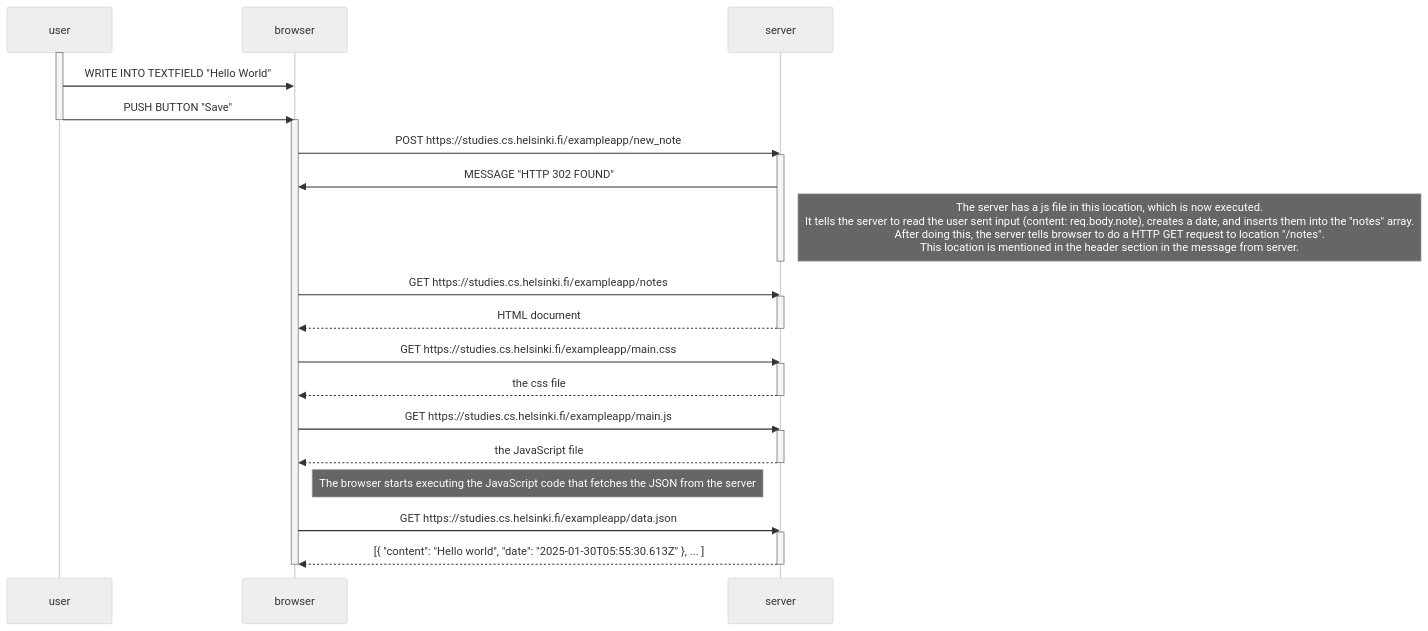
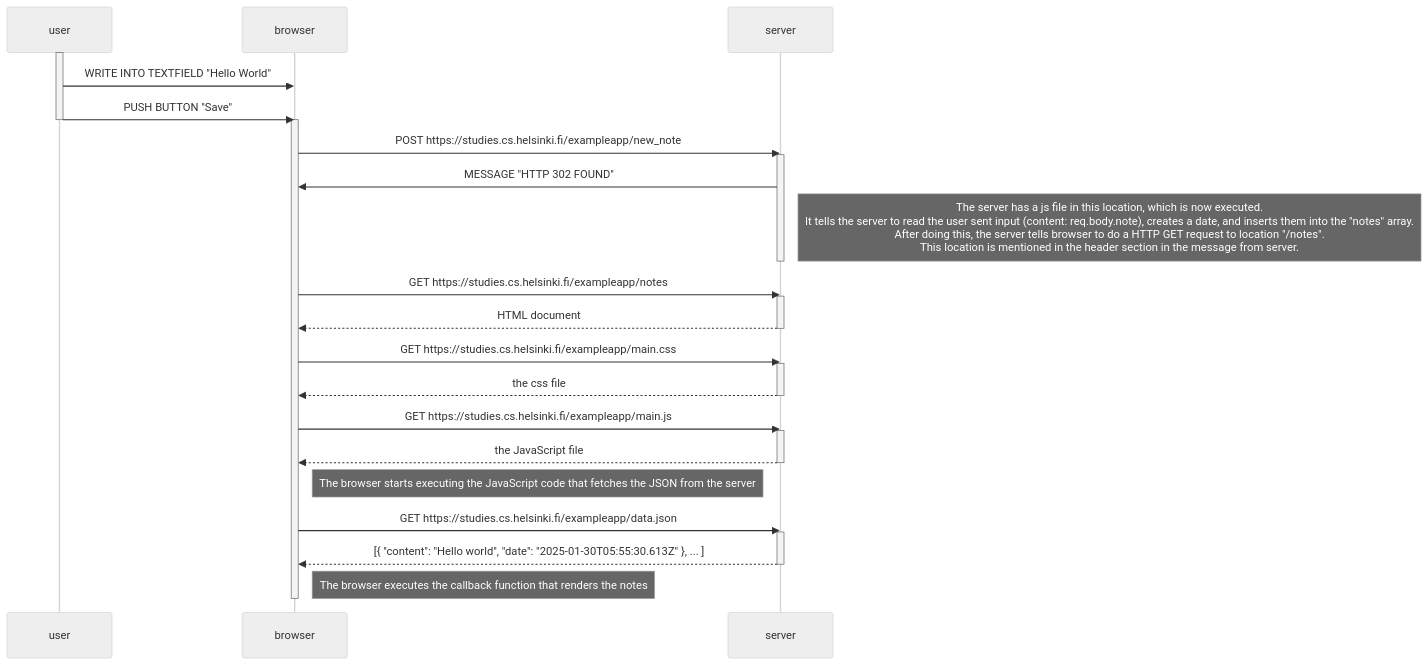
One commit to Nummuliitti/Fullstack-HY changed the diagram in Palautusrepositorio/Osa0/Tehtävä 0.4.md. Above: the diagram before and after it, drawn with Mermaid (neutral theme).

Commit message:
tehtävän 0.4 korjaus

````diff
--- a/Palautusrepositorio/Osa0/Tehtävä 0.4.md
+++ b/Palautusrepositorio/Osa0/Tehtävä 0.4.md
@@ -1,43 +1,43 @@
 ```mermaid
 
 sequenceDiagram
     participant user
     participant browser
     participant server
     activate user
     user->>browser: WRITE INTO TEXTFIELD "Hello World"
     user->>browser: PUSH BUTTON "Save"
     deactivate user
     activate browser
 
     browser->>server: POST https://studies.cs.helsinki.fi/exampleapp/new_note
     activate server
     server->>browser: MESSAGE "HTTP 302 FOUND"
     Note right of server: The server has a js file in this location, which is now executed.<br>It tells the server to read the user sent input (content: req.body.note), creates a date, and inserts them into the "notes" array.<br>After doing this, the server tells browser to do a HTTP GET request to location "/notes".<br>This location is mentioned in the header section in the message from server.
     deactivate server
 
     browser->>server: GET https://studies.cs.helsinki.fi/exampleapp/notes
     activate server
     server-->>browser: HTML document
     deactivate server
     
     browser->>server: GET https://studies.cs.helsinki.fi/exampleapp/main.css
     activate server
     server-->>browser: the css file
     deactivate server
     
     browser->>server: GET https://studies.cs.helsinki.fi/exampleapp/main.js
     activate server
     server-->>browser: the JavaScript file
     deactivate server
 
     Note right of browser: The browser starts executing the JavaScript code that fetches the JSON from the server
     
     browser->>server: GET https://studies.cs.helsinki.fi/exampleapp/data.json
     activate server
     server-->>browser: [{ "content": "Hello world", "date": "2025-01-30T05:55:30.613Z" }, ... ]
     deactivate server    
-   
+    Note right of browser: The browser executes the callback function that renders the notes 
     deactivate browser
     
 ```
````
